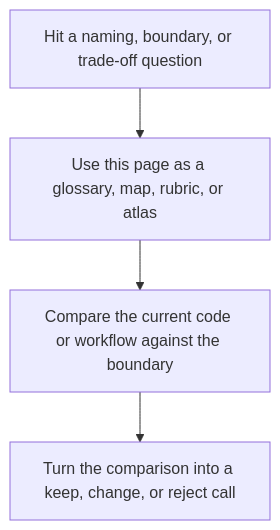
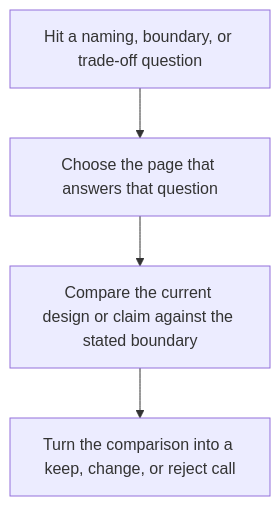
One commit to bijux/bijux-masterclass changed the second of 2 diagrams in programs/reproducible-research/deep-dive-make/course-book/reference/index.md. Above: the diagram before and after it, drawn with Mermaid. The commit also changed other lines of this file, not shown here.

Commit message:
docs(reference): turn deep-dive-make index into a decision map

````diff
--- a/programs/reproducible-research/deep-dive-make/course-book/reference/index.md
+++ b/programs/reproducible-research/deep-dive-make/course-book/reference/index.md
@@ -14,6 +14,6 @@
 ```mermaid
 flowchart TD
-  trigger["Hit a naming, boundary, or trade-off question"] --> lookup["Use this page as a glossary, map, rubric, or atlas"]
-  lookup --> compare["Compare the current code or workflow against the boundary"]
+  trigger["Hit a naming, boundary, or trade-off question"] --> lookup["Choose the page that answers that question"]
+  lookup --> compare["Compare the current design or claim against the stated boundary"]
   compare --> decision["Turn the comparison into a keep, change, or reject call"]
 ```
````
